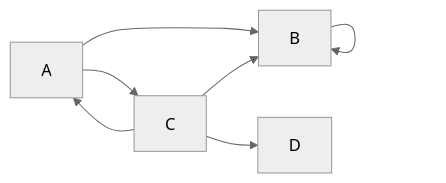
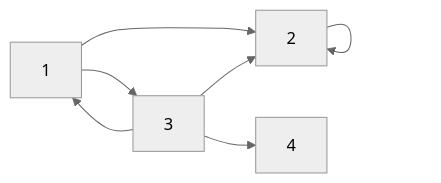
Before and after one commit to boddaert/snt: the second of 3 diagrams in seconde/Web/Moteurs_de_recherche.md, drawn with Mermaid (neutral theme). The commit also changed other lines of this file and 2 other files, not shown here.

````diff
--- a/seconde/Web/Moteurs_de_recherche.md
+++ b/seconde/Web/Moteurs_de_recherche.md
@@ -69,9 +71,9 @@
 ```mermaid
   graph LR;
-      A-->B;
-      B-->B;
-      A-->C;
-      C-->B;
-      C-->A;
-      C-->D;
+      1-->2;
+      2-->2;
+      1-->3;
+      3-->2;
+      3-->1;
+      3-->4;
 ```
````
